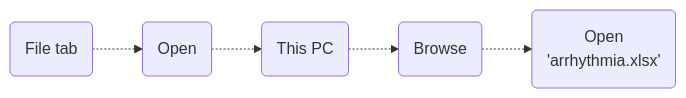
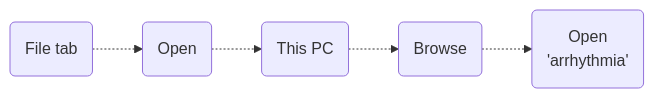
The first of 2 diagrams in lab1.qmd (bougioukas/MedStatsJamovi), drawn with Mermaid before and after one commit. The commit also changed other lines of this file and 84 other files, not shown here.

````diff
--- a/lab1.qmd
+++ b/lab1.qmd
@@ -241,4 +241,4 @@
 ```{mermaid}
 flowchart LR
-  A(File tab) -.-> B(Open) -.-> C(This PC) -.-> D(Browse) -.-> E(Open \n 'arrhythmia.xlsx')
+  A(File tab) -.-> B(Open) -.-> C(This PC) -.-> D(Browse) -.-> E(Open \n 'arrhythmia')
 ```
````
